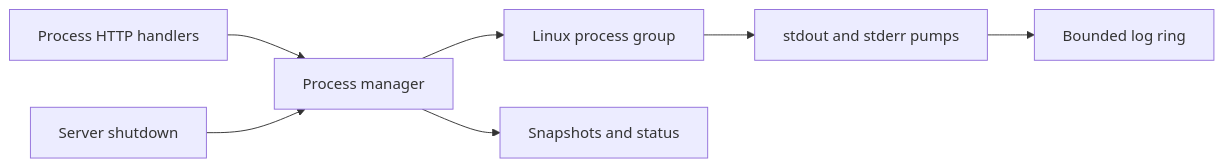
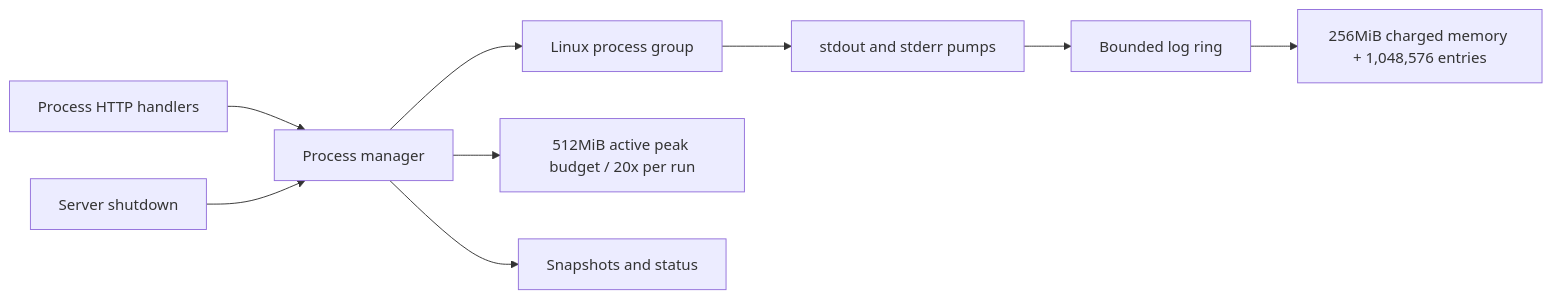
One commit to viethoangcr/agent-bridge changed the diagram in docs/plans/20260823-04-process-api.md. Above: the diagram before and after it, drawn with Mermaid. The commit also changed other lines of this file and 6 other files, not shown here.

````diff
--- a/docs/plans/20260823-04-process-api.md
+++ b/docs/plans/20260823-04-process-api.md
@@ -46,9 +56,11 @@
 ```mermaid
 flowchart LR
     HTTP[Process HTTP handlers] --> Manager[Process manager]
     Manager --> Group[Linux process group]
     Group --> Pumps[stdout and stderr pumps]
     Pumps --> Ring[Bounded log ring]
+    Ring --> GlobalLogs[256MiB charged memory + 1,048,576 entries]
+    Manager --> Captures[512MiB active peak budget / 20x per run]
     Manager --> Snapshot[Snapshots and status]
     Shutdown[Server shutdown] --> Manager
 ```
````
